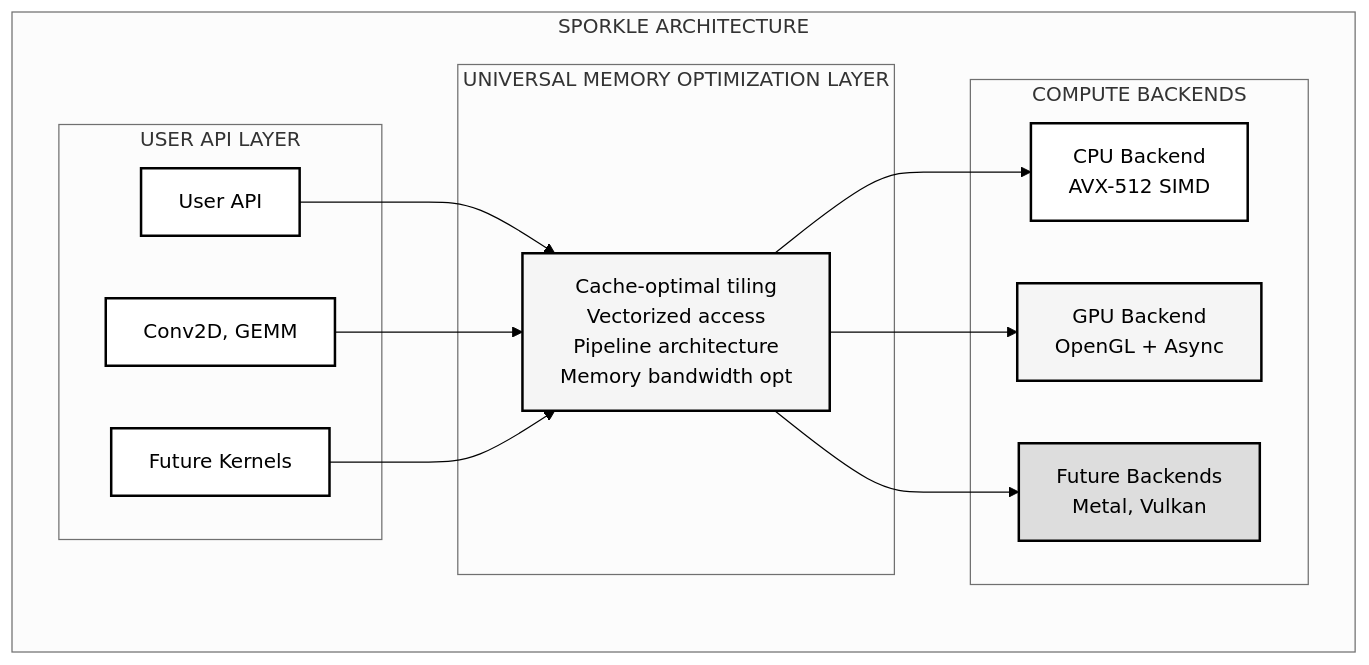
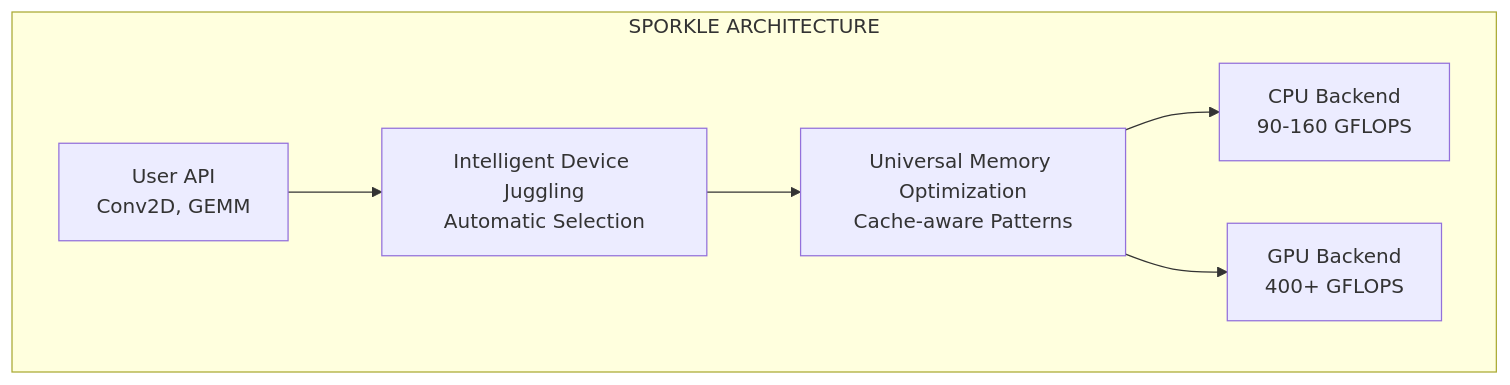
One commit to LynnColeArt/sparkle changed the diagram in README.md. Above: the diagram before and after it, drawn with Mermaid. The commit also changed other lines of this file, not shown here.

First line of the commit message:
docs: Clean up README to focus on user functionality

````diff
--- a/README.md
+++ b/README.md
@@ -64,32 +42,15 @@
 ```mermaid
-%%{init: {'theme':'neutral', 'themeVariables': {'primaryColor':'#fff','primaryTextColor':'#000','primaryBorderColor':'#000','lineColor':'#000','secondaryColor':'#f5f5f5','tertiaryColor':'#ddd'}}}%%
 graph TB
     subgraph Architecture["SPORKLE ARCHITECTURE"]
-        subgraph API["USER API LAYER"]
-            A1["User API"]:::white
-            A2["Conv2D, GEMM"]:::white
-            A3["Future Kernels"]:::white
-        end
+        API["User API<br/>Conv2D, GEMM"]
+        J["Intelligent Device Juggling<br/>Automatic Selection"]
+        M["Universal Memory Optimization<br/>Cache-aware Patterns"]
+        CPU["CPU Backend<br/>90-160 GFLOPS"]
+        GPU["GPU Backend<br/>400+ GFLOPS"]
         
-        subgraph Memory["UNIVERSAL MEMORY OPTIMIZATION LAYER"]
-            M["Cache-optimal tiling<br/>Vectorized access<br/>Pipeline architecture<br/>Memory bandwidth opt"]:::light
-        end
-        
-        subgraph Backends["COMPUTE BACKENDS"]
-            B1["CPU Backend<br/>AVX-512 SIMD"]:::white
-            B2["GPU Backend<br/>OpenGL + Async"]:::light
-            B3["Future Backends<br/>Metal, Vulkan"]:::dark
-        end
-        
-        A1 --> M
-        A2 --> M
-        A3 --> M
-        M --> B1
-        M --> B2
-        M --> B3
+        API --> J
+        J --> M
+        M --> CPU
+        M --> GPU
     end
-    
-    classDef white fill:#fff,stroke:#000,stroke-width:2px,color:#000
-    classDef light fill:#f5f5f5,stroke:#000,stroke-width:2px,color:#000
-    classDef dark fill:#ddd,stroke:#000,stroke-width:2px,color:#000
 ```
````
